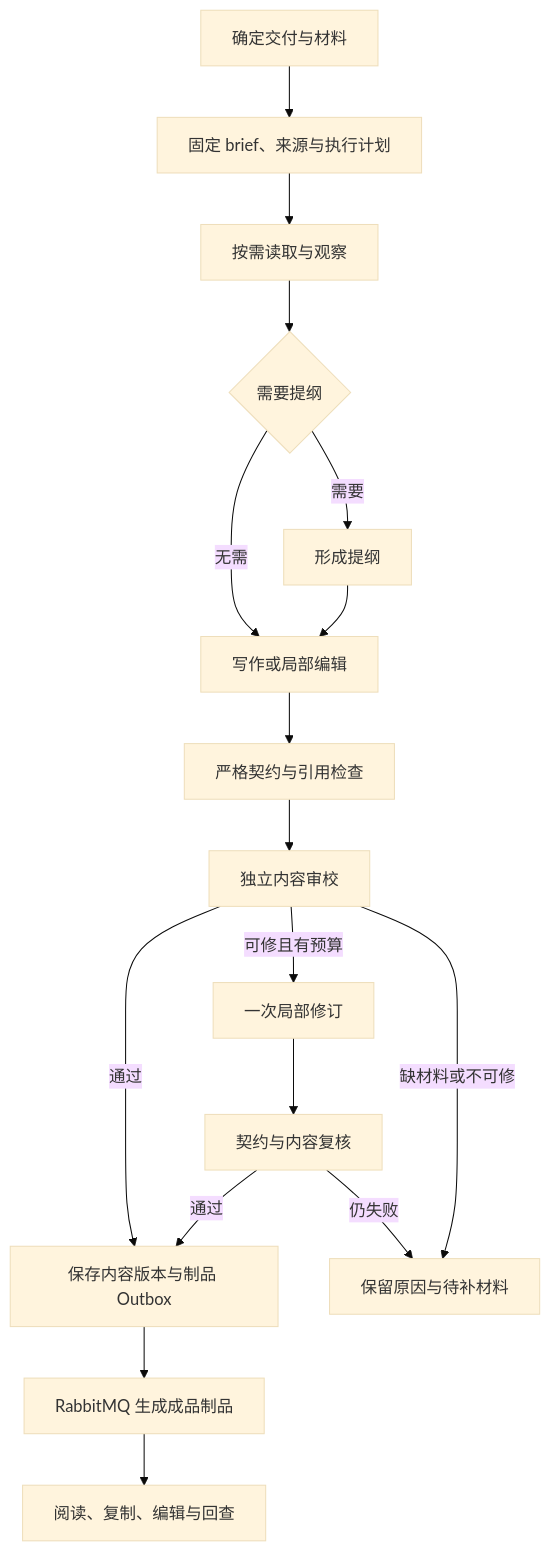
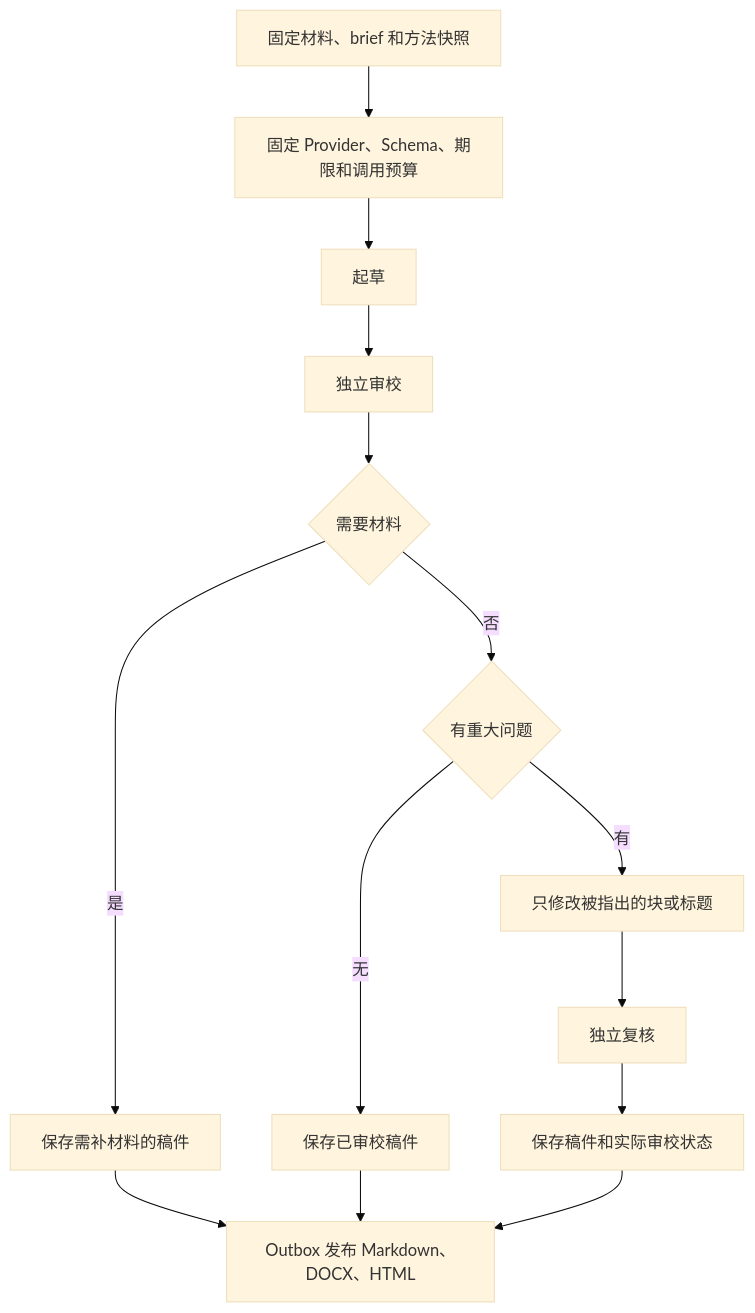
Before and after one commit to StephenQiu30/framefetch: the diagram in docs/design/16-Skill体系与结果契约.md, drawn with Mermaid (base theme). The commit also changed other lines of this file and 24 other files, not shown here.

````diff
--- a/docs/design/16-Skill体系与结果契约.md
+++ b/docs/design/16-Skill体系与结果契约.md
@@ -199,19 +109,16 @@
-~~~mermaid
+```mermaid
 flowchart TD
-    Input[确定交付与材料] --> Prepare[固定 brief、来源与执行计划]
-    Prepare --> Observe[按需读取与观察]
-    Observe --> Outline{需要提纲}
-    Outline -->|需要| Plan[形成提纲]
-    Outline -->|无需| Draft[写作或局部编辑]
-    Plan --> Draft
-    Draft --> Validate[严格契约与引用检查]
-    Validate --> Review[独立内容审校]
-    Review -->|通过| Save[保存内容版本与制品 Outbox]
-    Review -->|可修且有预算| Revise[一次局部修订]
-    Revise --> Verify[契约与内容复核]
-    Verify -->|通过| Save
-    Verify -->|仍失败| Needs[保留原因与待补材料]
-    Review -->|缺材料或不可修| Needs
-    Save --> Export[RabbitMQ 生成成品制品]
-    Export --> Read[阅读、复制、编辑与回查]
-~~~
+    A[固定材料、brief 和方法快照] --> B[固定 Provider、Schema、期限和调用预算]
+    B --> D[起草]
+    D --> R[独立审校]
+    R --> M{需要材料}
+    M -->|是| S[保存需补材料的稿件]
+    M -->|否| I{有重大问题}
+    I -->|无| P[保存已审校稿件]
+    I -->|有| E[只修改被指出的块或标题]
+    E --> V[独立复核]
+    V --> C[保存稿件和实际审校状态]
+    S --> F[Outbox 发布 Markdown、DOCX、HTML]
+    P --> F
+    C --> F
+```
````
